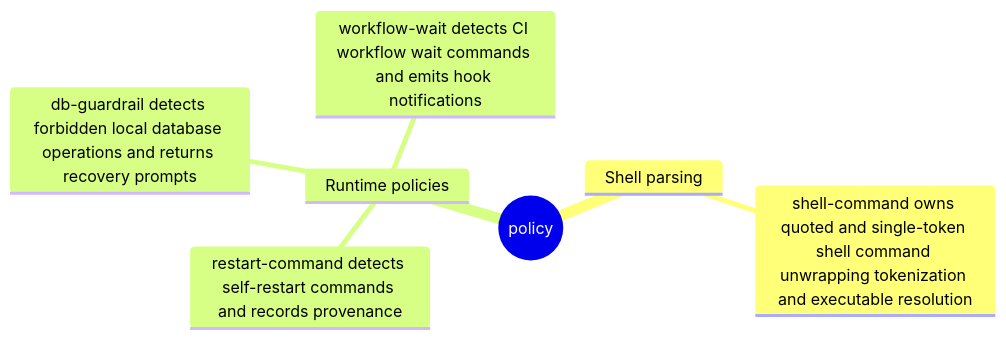
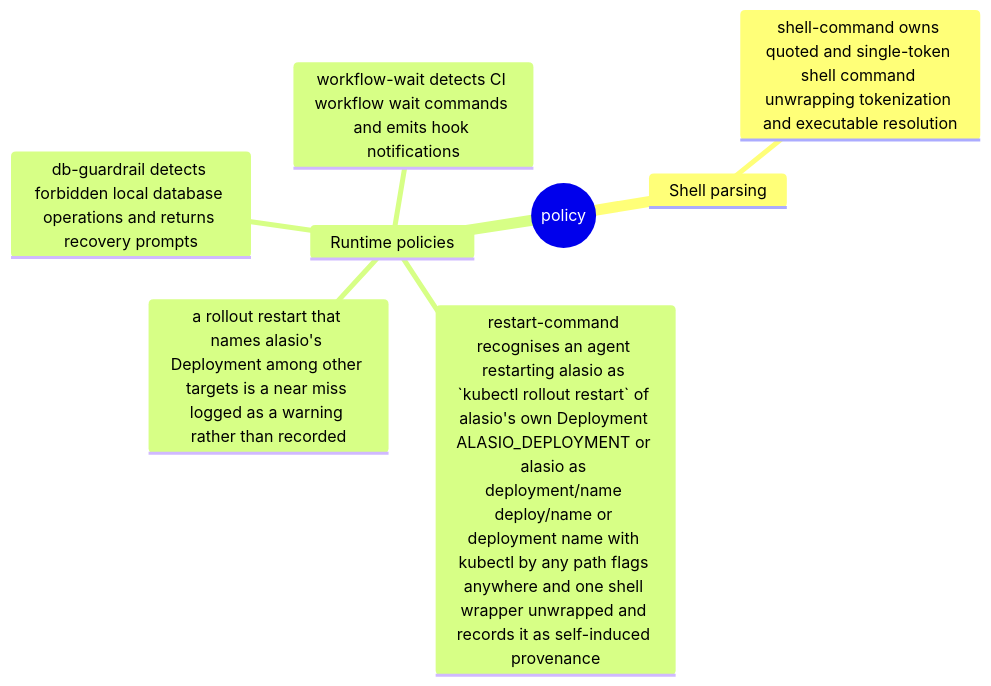
Before and after one commit to eaucoin/alasio: the first of 3 diagrams in src/policy/README.md, drawn with Mermaid. The commit also changed 37 other files, not shown here.

````diff
--- a/src/policy/README.md
+++ b/src/policy/README.md
@@ -2,10 +2,11 @@
 ```mermaid
 mindmap
   root((policy))
     Shell parsing
       shell-command owns quoted and single-token shell command unwrapping tokenization and executable resolution
     Runtime policies
-      restart-command detects self-restart commands and records provenance
+      restart-command recognises an agent restarting alasio as `kubectl rollout restart` of alasio's own Deployment ALASIO_DEPLOYMENT or alasio as deployment/name deploy/name or deployment name with kubectl by any path flags anywhere and one shell wrapper unwrapped and records it as self-induced provenance
+      a rollout restart that names alasio's Deployment among other targets is a near miss logged as a warning rather than recorded
       db-guardrail detects forbidden local database operations and returns recovery prompts
       workflow-wait detects CI workflow wait commands and emits hook notifications
 ```
````
